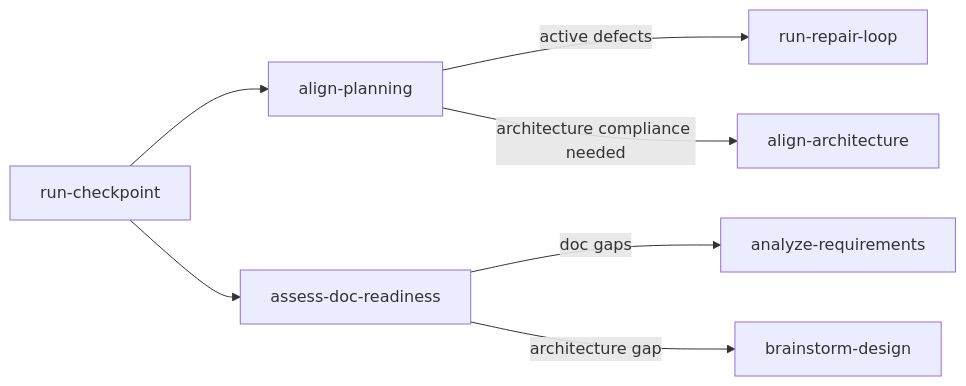
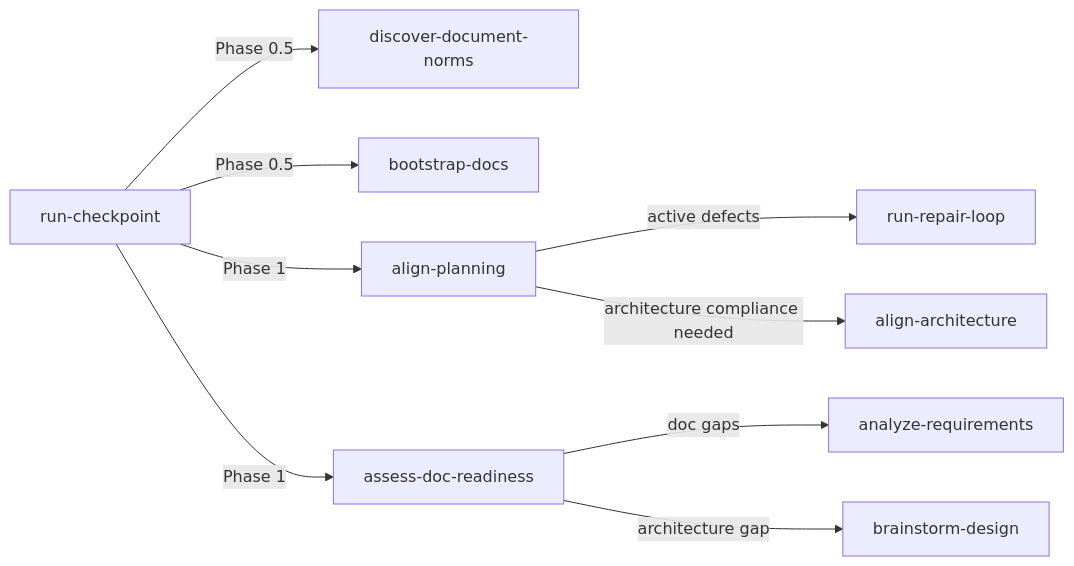
Before and after one commit to nesnilnehc/ai-cortex: the sixth of 6 diagrams in skills/skillgraph.md, drawn with Mermaid. The commit also changed other lines of this file and 3 other files, not shown here.

````diff
--- a/skills/skillgraph.md
+++ b/skills/skillgraph.md
@@ -246,17 +246,21 @@
 ```mermaid
 flowchart LR
   loop[run-checkpoint]
+  discover[discover-document-norms]
+  bootstrap[bootstrap-docs]
   align[align-planning]
   alignarch[align-architecture]
   docreadiness[assess-doc-readiness]
   req[analyze-requirements]
   design[brainstorm-design]
   repair[run-repair-loop]
 
-  loop --> align
-  loop --> docreadiness
+  loop -->|Phase 0.5| discover
+  loop -->|Phase 0.5| bootstrap
+  loop -->|Phase 1| align
+  loop -->|Phase 1| docreadiness
   align -->|active defects| repair
   align -->|architecture compliance needed| alignarch
   docreadiness -->|doc gaps| req
   docreadiness -->|architecture gap| design
 ```
````
